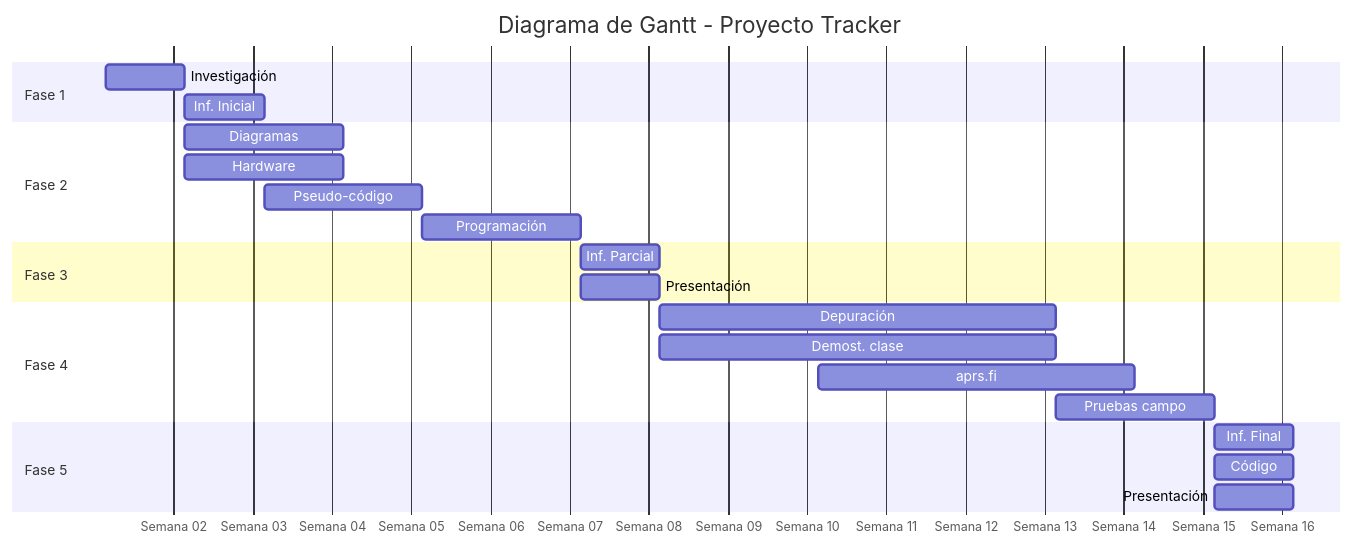
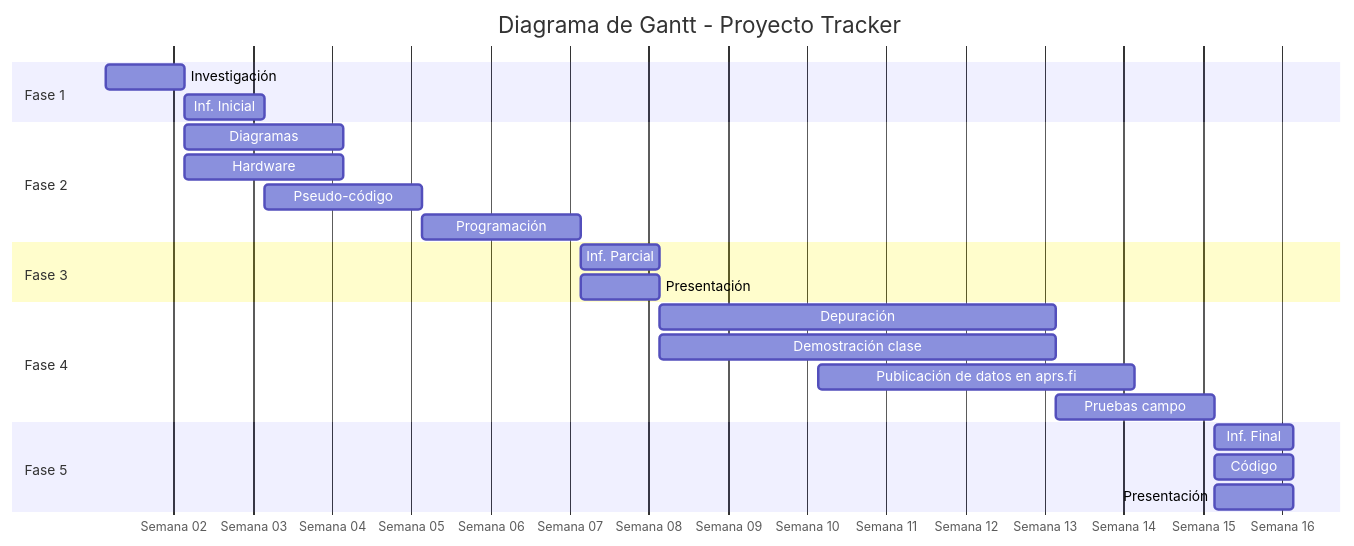
Before and after one commit to SnowRainicorn/Taller-Integrador: the diagram in docs/investigación/diagrama-gantt.md, drawn with Mermaid.

````diff
--- a/docs/investigación/diagrama-gantt.md
+++ b/docs/investigación/diagrama-gantt.md
@@ -1,31 +1,31 @@
 ```mermaid
 gantt
     title Diagrama de Gantt - Proyecto Tracker
     dateFormat  YYYY-MM-DD
     axisFormat  Semana %W
     
     section Fase 1
     Investigación :2024-01-08, 7d
     Inf. Inicial :2024-01-15, 7d
     
     section Fase 2
     Diagramas :2024-01-15, 14d
     Hardware :2024-01-15, 14d
     Pseudo-código :2024-01-22, 14d
     Programación :2024-02-05, 14d
     
     section Fase 3
     Inf. Parcial :2024-02-19, 7d
     Presentación :2024-02-19, 7d
     
     section Fase 4
     Depuración :2024-02-26, 35d
-    Demost. clase :2024-02-26, 35d
-    aprs.fi :2024-03-11, 28d
+    Demostración clase :2024-02-26, 35d
+    Publicación de datos en aprs.fi :2024-03-11, 28d
     Pruebas campo :2024-04-01, 14d
     
     section Fase 5
     Inf. Final :2024-04-15, 7d
     Código :2024-04-15, 7d
     Presentación :2024-04-15, 7d
 ```
````
